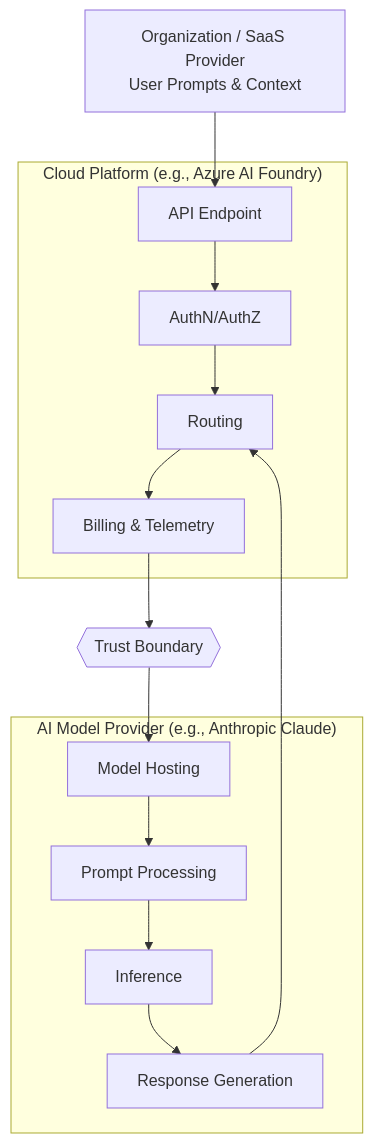
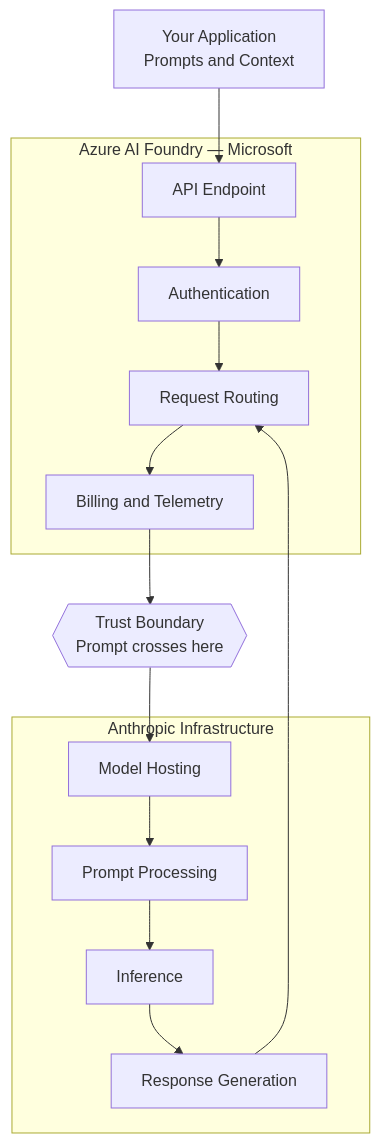
Before and after one commit to subodhpatil/suubodhpatil.github.io: the second of 2 diagrams in _posts/2026-05-13-who-processes-the-data-ai-trust-boundary.md, drawn with Mermaid. The commit also changed other lines of this file, not shown here.

Commit message:
AI Trust Boundary: full rewrite with platform comparison, GCP/AWS counterexample, Azure specifics, governance framework

````diff
--- a/_posts/2026-05-13-who-processes-the-data-ai-trust-boundary.md
+++ b/_posts/2026-05-13-who-processes-the-data-ai-trust-boundary.md
@@ -75,30 +110,25 @@
 ```mermaid
 flowchart TB
-    A["Organization / SaaS Provider\nUser Prompts & Context"] --> B
+    A["Your Application\nPrompts and Context"] --> B
 
-    subgraph CP["Cloud Platform (e.g., Azure AI Foundry)"]
+    subgraph CP["Azure AI Foundry  —  Microsoft"]
         B[API Endpoint]
-        C[AuthN/AuthZ]
-        D[Routing]
-        E[Billing & Telemetry]
+        C[Authentication]
+        D[Request Routing]
+        E[Billing and Telemetry]
+        B --> C --> D --> E
     end
 
-    CB{{Trust Boundary}}
+    CB{{"Trust Boundary\nPrompt crosses here"}}
 
-    subgraph DP["AI Model Provider (e.g., Anthropic Claude)"]
+    subgraph DP["Anthropic Infrastructure"]
         F[Model Hosting]
         G[Prompt Processing]
         H[Inference]
         I[Response Generation]
+        F --> G --> H --> I
     end
 
-    B --> C
-    C --> D
-    D --> E
-    E --> CB
-    CB --> F
-    F --> G
-    G --> H
-    H --> I
+    E --> CB --> F
     I --> D
 ```
````
